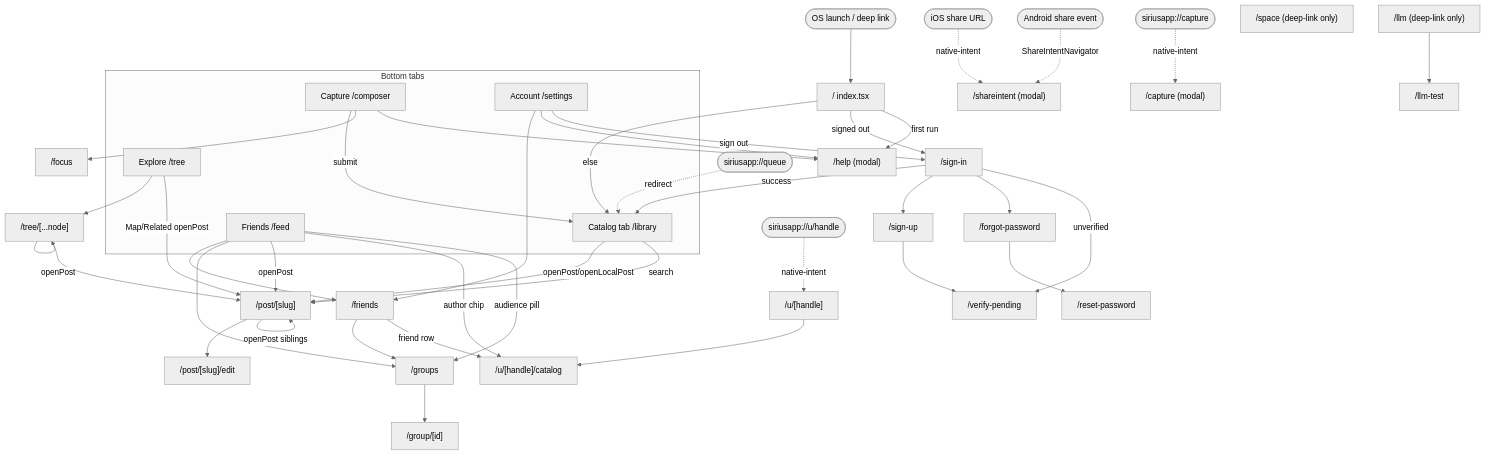
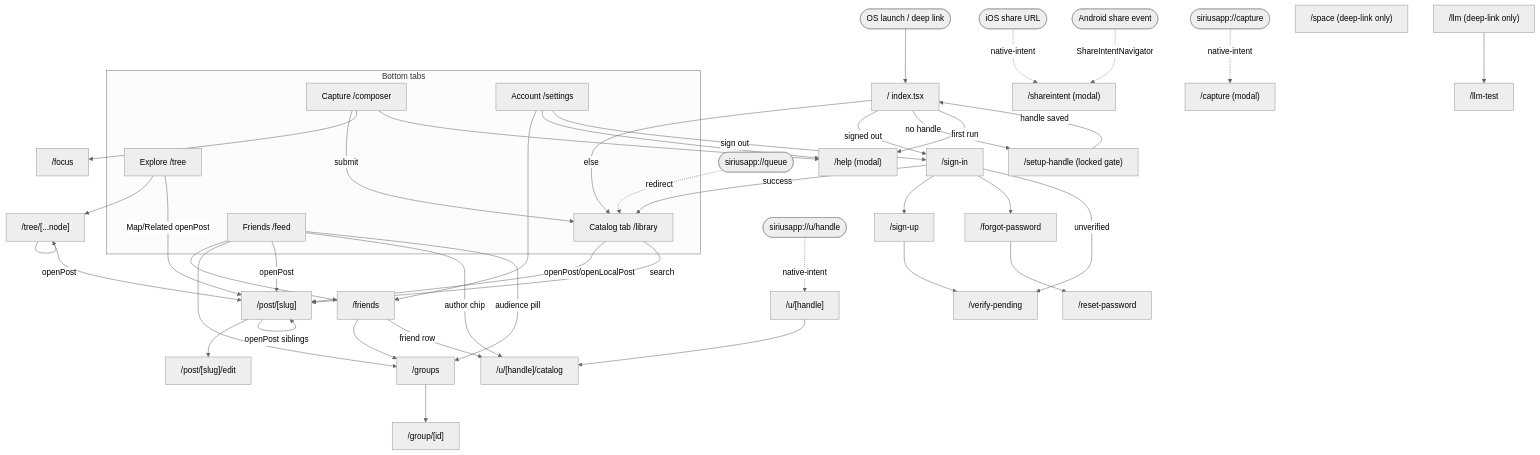
Before and after one commit to lesswhelmed/sirius: the diagram in apps/mobile/docs/ROUTES.md, drawn with Mermaid (neutral theme). The commit also changed other lines of this file and 3 other files, not shown here.

First line of the commit message:
feat(mobile): mandatory handle setup on first login (web parity)

````diff
--- a/apps/mobile/docs/ROUTES.md
+++ b/apps/mobile/docs/ROUTES.md
@@ -287,73 +302,75 @@
 ```mermaid
 flowchart TD
   OS([OS launch / deep link]) --> IDX["/ index.tsx"]
   IDX -->|signed out| SIGNIN["/sign-in"]
+  IDX -->|no handle| SETUP["/setup-handle (locked gate)"]
+  SETUP -->|handle saved| IDX
   IDX -->|first run| HELP["/help (modal)"]
   IDX -->|else| LIB["Catalog tab /library"]
 
   %% Auth
   SIGNIN --> SIGNUP["/sign-up"]
   SIGNIN --> FORGOT["/forgot-password"]
   SIGNIN -->|unverified| VERIFY["/verify-pending"]
   SIGNUP --> VERIFY
   FORGOT --> RESET["/reset-password"]
   SIGNIN -->|success| LIB
 
   %% Tabs
   subgraph TABS[Bottom tabs]
     CAP["Capture /composer"]
     LIB
     FEED["Friends /feed"]
     TREE["Explore /tree"]
     ACCT["Account /settings"]
   end
 
   %% Capture
   CAP -->|submit| LIB
   CAP --> FOCUS["/focus"]
   CAP --> HELP
 
   %% Catalog
   LIB -->|openPost/openLocalPost| POST["/post/[slug]"]
   LIB -->|search| POST
 
   %% Feed
   FEED --> FRIENDS["/friends"]
   FEED --> GROUPS["/groups"]
   FEED -->|openPost| POST
   FEED -->|author chip| UCAT["/u/[handle]/catalog"]
   FEED -->|audience pill| GROUPS
 
   %% Explore
   TREE --> TREEN["/tree/[...node]"]
   TREE -->|Map/Related openPost| POST
   TREEN --> TREEN
   TREEN -->|openPost| POST
 
   %% Account
   ACCT --> FRIENDS
   ACCT --> HELP
   ACCT -->|sign out| SIGNIN
 
   %% Friends / Groups
   FRIENDS --> GROUPS
   FRIENDS -->|friend row| UCAT
   GROUPS --> GROUP["/group/[id]"]
   UPROF["/u/[handle]"] --> UCAT
 
   %% Post
   POST --> EDIT["/post/[slug]/edit"]
   POST -->|openPost siblings| POST
 
   %% Modals / intents
   SHARE([iOS share URL]) -.native-intent.-> SI["/shareintent (modal)"]
   ANDROID([Android share event]) -.ShareIntentNavigator.-> SI
   INTENT([siriusapp://capture]) -.native-intent.-> CAPT["/capture (modal)"]
   ULINK([siriusapp://u/handle]) -.native-intent.-> UPROF
   QUEUE([siriusapp://queue]) -.redirect.-> LIB
 
   %% Orphans (deep-link only, no in-app edge)
   SPACE["/space (deep-link only)"]
   LLM["/llm (deep-link only)"]
   LLM --> LLMTEST["/llm-test"]
 ```
````
